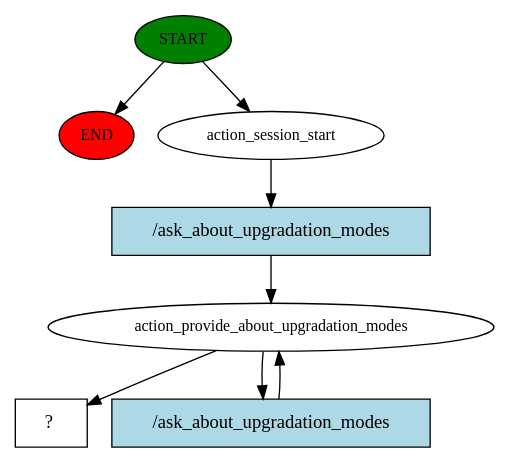
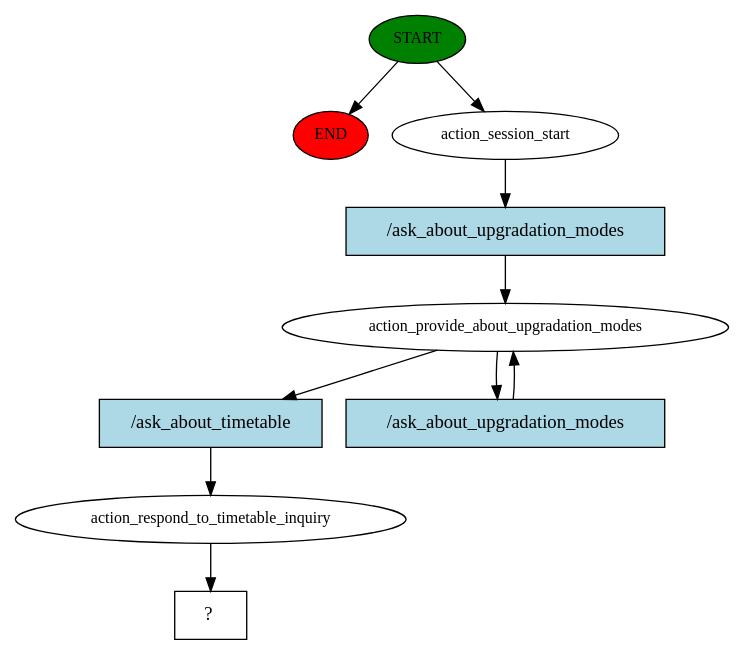
The diagram in story_graph.dot (thapar-Automation-chatbot/University-Chatbot-Pilot), drawn with Graphviz before and after one commit. The commit also changed 13 other files, not shown here.

```diff
--- a/story_graph.dot
+++ b/story_graph.dot
@@ -1,16 +1,20 @@
 digraph  {
 0 [class="start active", fillcolor=green, fontsize=12, label=START, style=filled];
 "-1" [class=end, fillcolor=red, fontsize=12, label=END, style=filled];
 1 [class=active, fontsize=12, label=action_session_start];
 2 [class=active, fontsize=12, label=action_provide_about_upgradation_modes];
-4 [class="intent dashed active", label="  ?  ", shape=rect];
-5 [class="intent active", fillcolor=lightblue, label="/ask_about_upgradation_modes", shape=rect, style=filled];
+4 [class=active, fontsize=12, label=action_respond_to_timetable_inquiry];
+5 [class="intent dashed active", label="  ?  ", shape=rect];
 6 [class="intent active", fillcolor=lightblue, label="/ask_about_upgradation_modes", shape=rect, style=filled];
+7 [class="intent active", fillcolor=lightblue, label="/ask_about_timetable", shape=rect, style=filled];
+8 [class="intent active", fillcolor=lightblue, label="/ask_about_upgradation_modes", shape=rect, style=filled];
 0 -> "-1"  [class="", key=NONE, label=""];
 0 -> 1  [class=active, key=NONE, label=""];
-1 -> 5  [class=active, key=0];
-2 -> 4  [class=active, key=NONE, label=""];
-2 -> 6  [class=active, key=0];
-5 -> 2  [class=active, key=0];
+1 -> 6  [class=active, key=0];
+2 -> 7  [class=active, key=0];
+2 -> 8  [class=active, key=0];
+4 -> 5  [class=active, key=NONE, label=""];
 6 -> 2  [class=active, key=0];
+7 -> 4  [class=active, key=0];
+8 -> 2  [class=active, key=0];
 }
```
